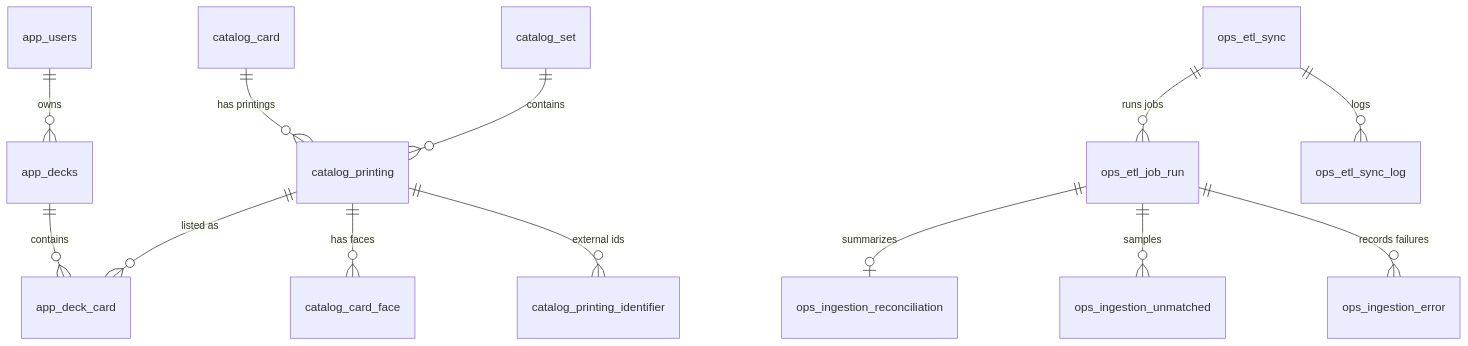
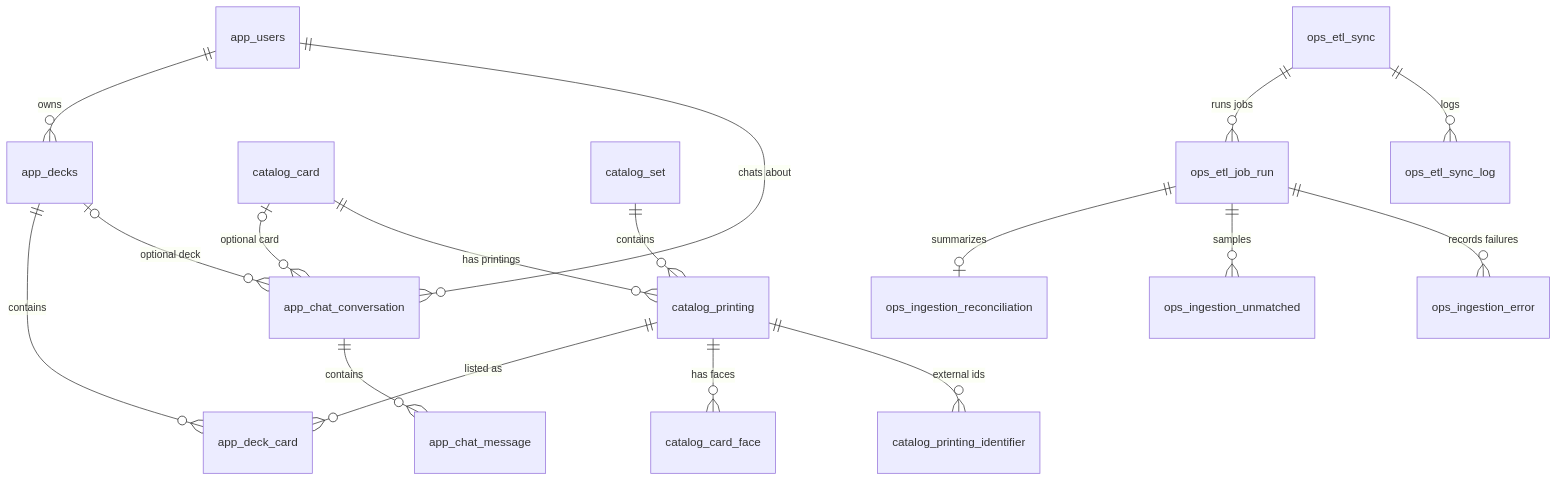
Before and after one commit to kevinmccartney/respark: the diagram in docs/diagrams/erd-overview.mmd, drawn with Mermaid. The commit also changed 117 other files, not shown here.

```diff
--- a/docs/diagrams/erd-overview.mmd
+++ b/docs/diagrams/erd-overview.mmd
@@ -1,13 +1,17 @@
 erDiagram
   app_users ||--o{ app_decks : owns
   app_decks ||--o{ app_deck_card : contains
+  app_users ||--o{ app_chat_conversation : "chats about"
+  app_decks |o--o{ app_chat_conversation : "optional deck"
+  catalog_card |o--o{ app_chat_conversation : "optional card"
+  app_chat_conversation ||--o{ app_chat_message : contains
   catalog_printing ||--o{ app_deck_card : "listed as"
   catalog_card ||--o{ catalog_printing : "has printings"
   catalog_set ||--o{ catalog_printing : "contains"
   catalog_printing ||--o{ catalog_card_face : "has faces"
   catalog_printing ||--o{ catalog_printing_identifier : "external ids"
   ops_etl_sync ||--o{ ops_etl_job_run : "runs jobs"
   ops_etl_sync ||--o{ ops_etl_sync_log : "logs"
   ops_etl_job_run ||--o| ops_ingestion_reconciliation : "summarizes"
   ops_etl_job_run ||--o{ ops_ingestion_unmatched : "samples"
   ops_etl_job_run ||--o{ ops_ingestion_error : "records failures"
```
